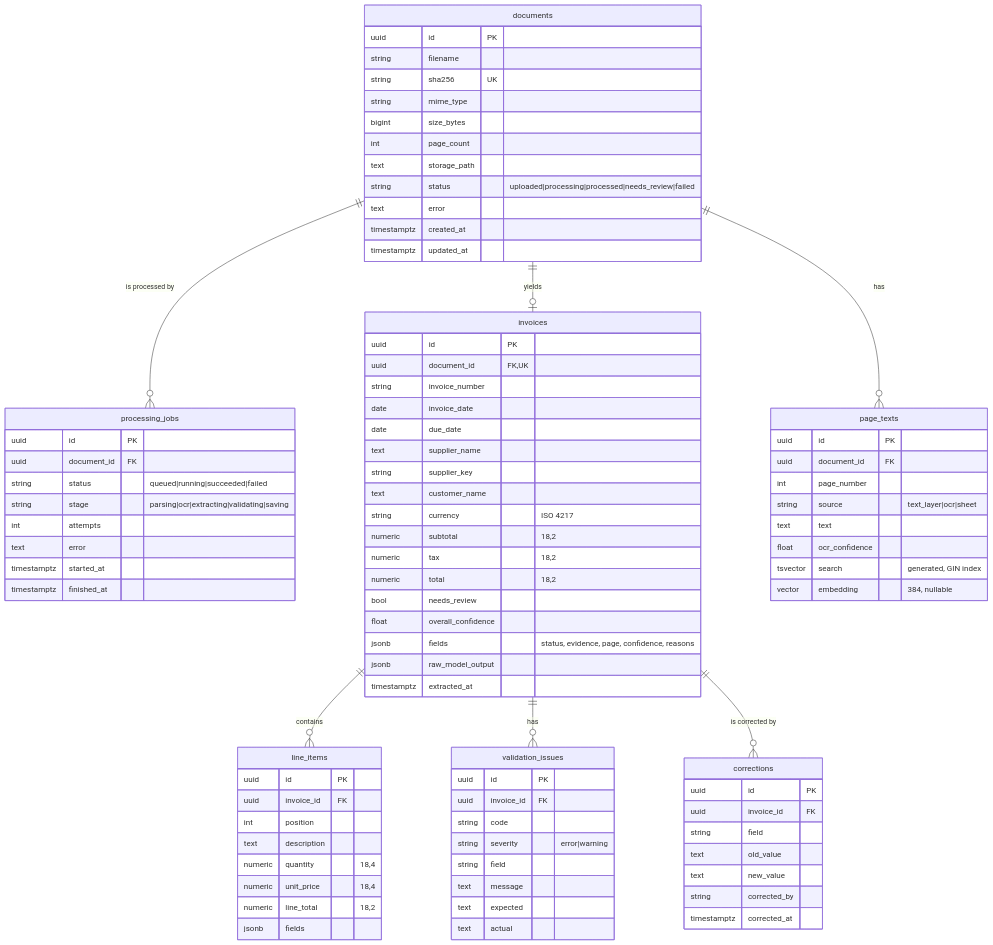
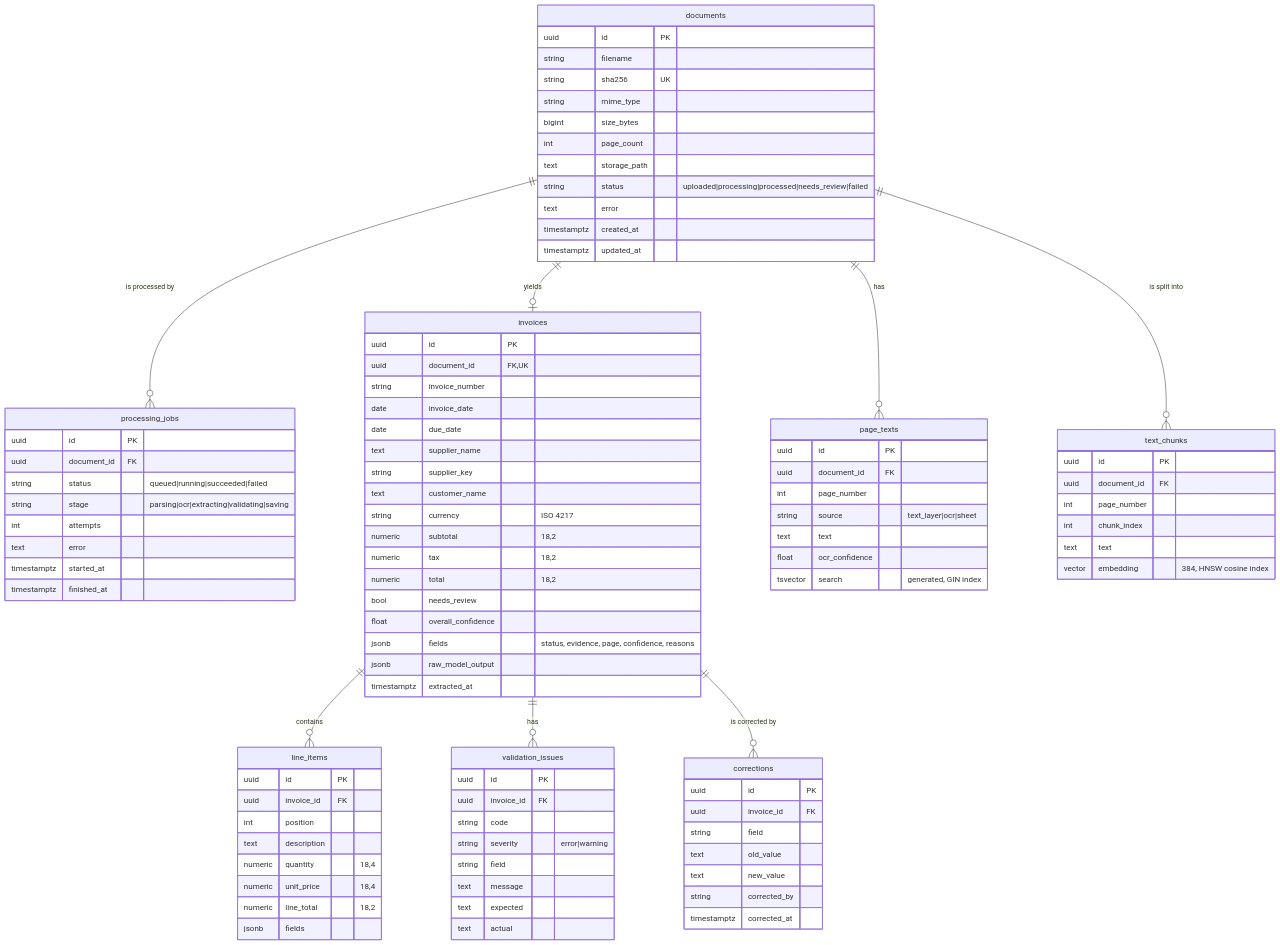
Before and after one commit to hasinabraradib/invoice_intelligence: the diagram in docs/schema.md, drawn with Mermaid. The commit also changed other lines of this file and 2 other files, not shown here.

Commit message:
docs: search modes and why hybrid, text_chunks schema, AI usage

````diff
--- a/docs/schema.md
+++ b/docs/schema.md
@@ -8,6 +8,7 @@
     documents ||--o{ processing_jobs : "is processed by"
     documents ||--o| invoices : "yields"
     documents ||--o{ page_texts : "has"
+    documents ||--o{ text_chunks : "is split into"
     invoices ||--o{ line_items : "contains"
     invoices ||--o{ validation_issues : "has"
     invoices ||--o{ corrections : "is corrected by"
@@ -91,6 +92,13 @@
         text text
         float ocr_confidence
         tsvector search "generated, GIN index"
-        vector embedding "384, nullable"
+    }
+    text_chunks {
+        uuid id PK
+        uuid document_id FK
+        int page_number
+        int chunk_index
+        text text
+        vector embedding "384, HNSW cosine index"
     }
 ```
````
